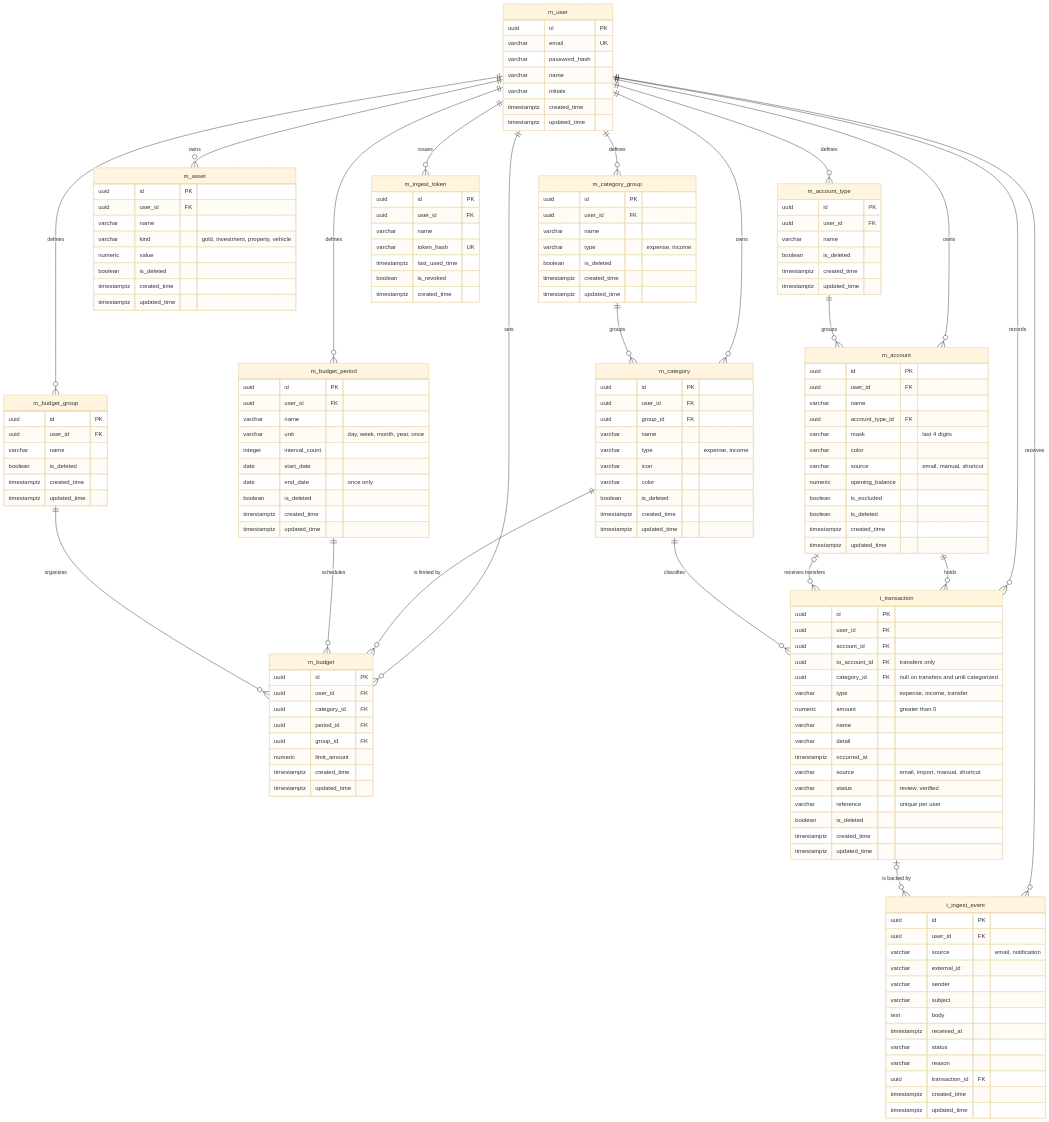
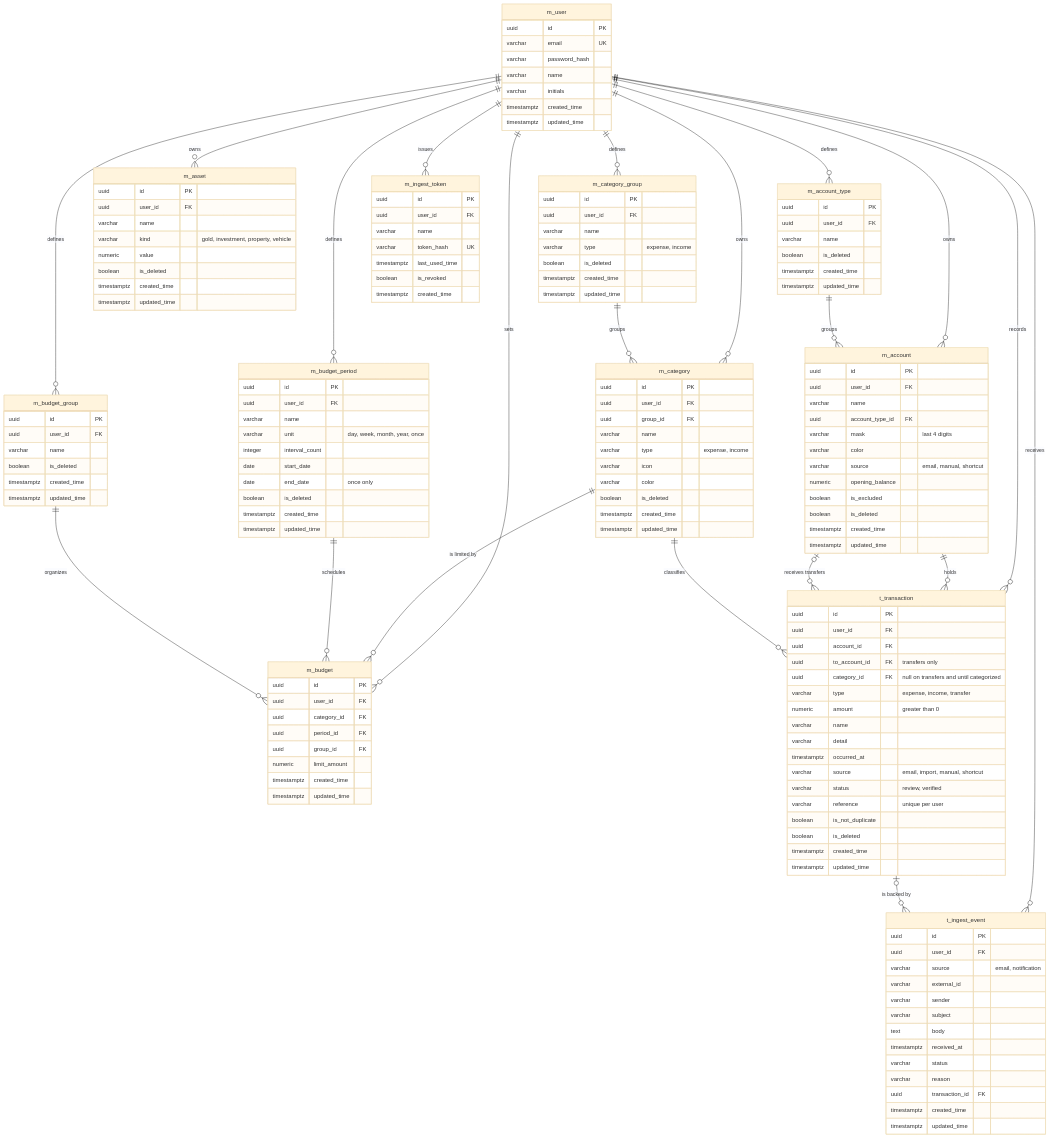
One commit to rendrooy/Fynlo changed the diagram in docs/erd.md. Above: the diagram before and after it, drawn with Mermaid (base theme). The commit also changed 11 other files, not shown here.

```diff
--- a/docs/erd.md
+++ b/docs/erd.md
@@ -164,6 +164,7 @@
         varchar source "email, import, manual, shortcut"
         varchar status "review, verified"
         varchar reference "unique per user"
+        boolean is_not_duplicate
         boolean is_deleted
         timestamptz created_time
         timestamptz updated_time
```
